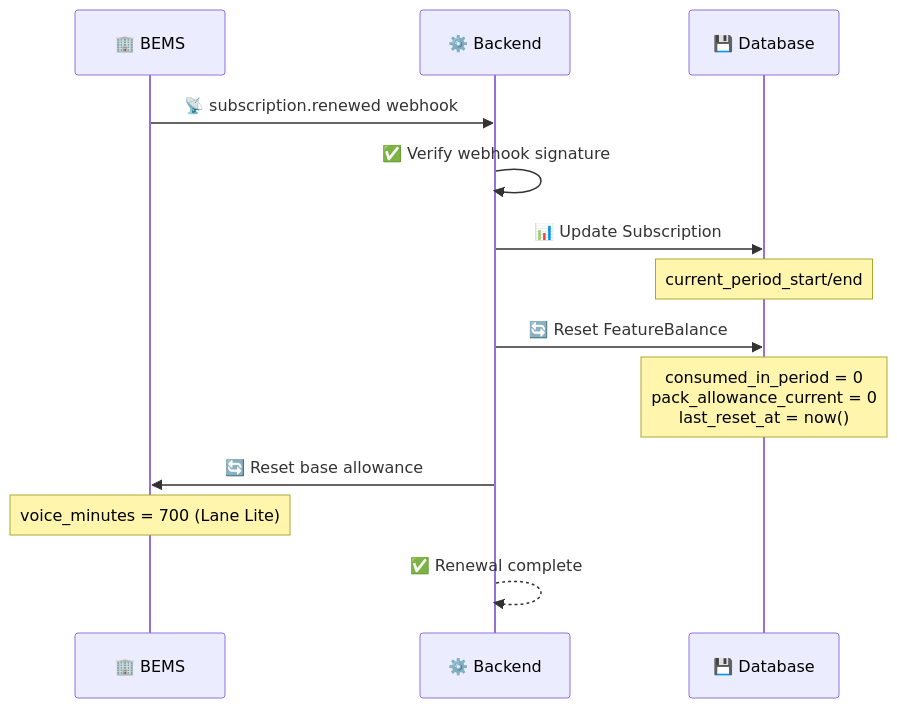
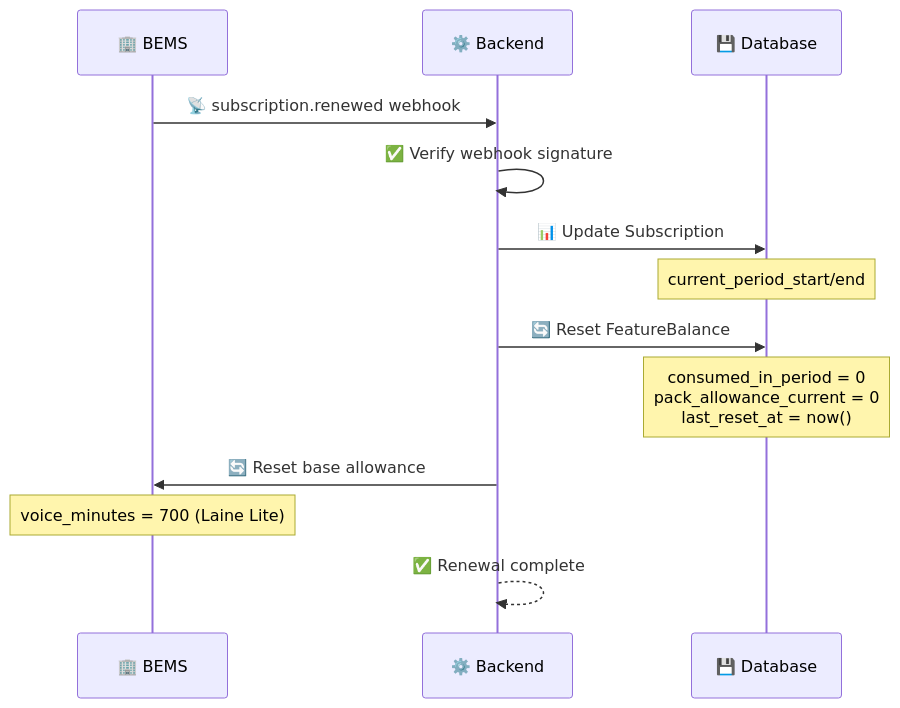
The tenth of 12 diagrams in airodental-billiing-system.md (haloweavedev/airodental-billing), drawn with Mermaid before and after one commit. The commit also changed other lines of this file and 1 other file, not shown here.

````diff
--- a/airodental-billiing-system.md
+++ b/airodental-billiing-system.md
@@ -515,20 +515,20 @@
 ```mermaid
 sequenceDiagram
     participant BEMS as 🏢 BEMS
     participant Backend as ⚙️ Backend
     participant DB as 💾 Database
     
     BEMS->>Backend: 📡 subscription.renewed webhook
     Backend->>Backend: ✅ Verify webhook signature
     
     Backend->>DB: 📊 Update Subscription
     Note over DB: current_period_start/end
     
     Backend->>DB: 🔄 Reset FeatureBalance
     Note over DB: consumed_in_period = 0<br/>pack_allowance_current = 0<br/>last_reset_at = now()
     
     Backend->>BEMS: 🔄 Reset base allowance
-    Note over BEMS: voice_minutes = 700 (Lane Lite)
+    Note over BEMS: voice_minutes = 700 (Laine Lite)
     
     Backend-->>Backend: ✅ Renewal complete
 ```
````
